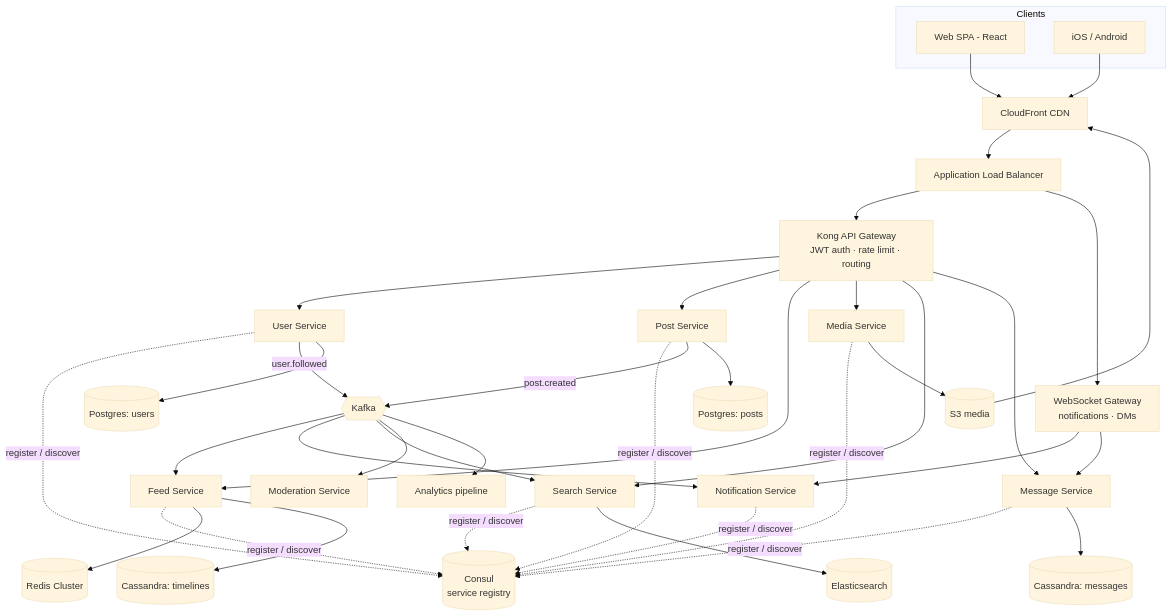
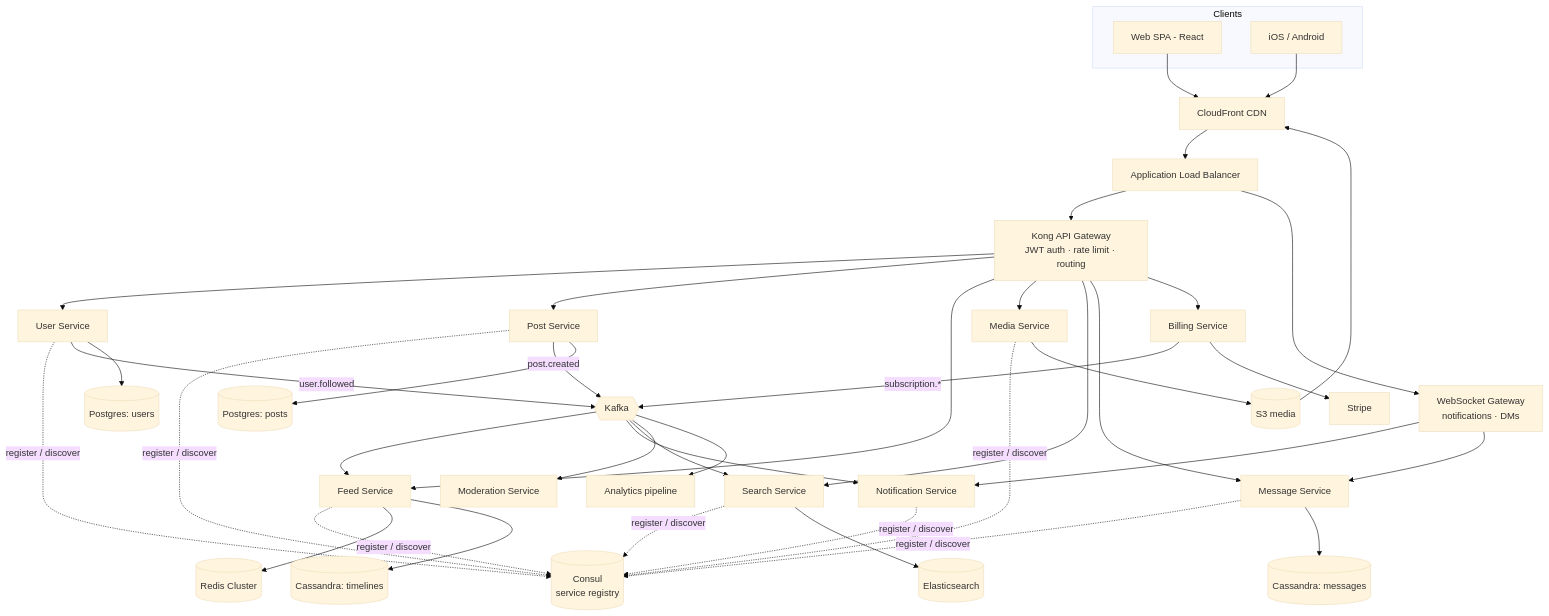
Before and after one commit to lakshitha-dev/RBT-month6: the first of 4 diagrams in docs/lakshitha-wijerathne-month6-system-design.md, drawn with Mermaid (base theme). The commit also changed other lines of this file and 14 other files, not shown here.

Commit message:
Improve C4 container diagram and design doc

````diff
--- a/docs/lakshitha-wijerathne-month6-system-design.md
+++ b/docs/lakshitha-wijerathne-month6-system-design.md
@@ -131,39 +133,42 @@
 ```mermaid
 flowchart TB
     subgraph Clients
         WEB[Web SPA - React]
         MOB[iOS / Android]
     end
     WEB & MOB --> CDN[CloudFront CDN]
     CDN --> ALB[Application Load Balancer]
     ALB --> GW[Kong API Gateway<br/>JWT auth · rate limit · routing]
     ALB --> WS[WebSocket Gateway<br/>notifications · DMs]
 
     GW --> US[User Service]
     GW --> PS[Post Service]
     GW --> FS[Feed Service]
     GW --> MS[Media Service]
     GW --> SS[Search Service]
     GW --> MSG[Message Service]
     WS --> NS[Notification Service]
     WS --> MSG
 
     US & PS & FS & MS & SS & MSG & NS -.register / discover.-> CONSUL[(Consul<br/>service registry)]
 
     PS -- post.created --> K{{Kafka}}
     US -- user.followed --> K
     K --> FS
     K --> NS
     K --> SS
     K --> MOD[Moderation Service]
     K --> AN[Analytics pipeline]
+    GW --> BIL[Billing Service]
+    BIL -- subscription.* --> K
+    BIL --> STRIPE[Stripe]
 
     US --> PGU[(Postgres: users)]
     PS --> PGP[(Postgres: posts)]
     FS --> R[(Redis Cluster)]
     FS --> CAS[(Cassandra: timelines)]
     MSG --> CASM[(Cassandra: messages)]
     SS --> ES[(Elasticsearch)]
     MS --> S3[(S3 media)]
     S3 --> CDN
 ```
````
